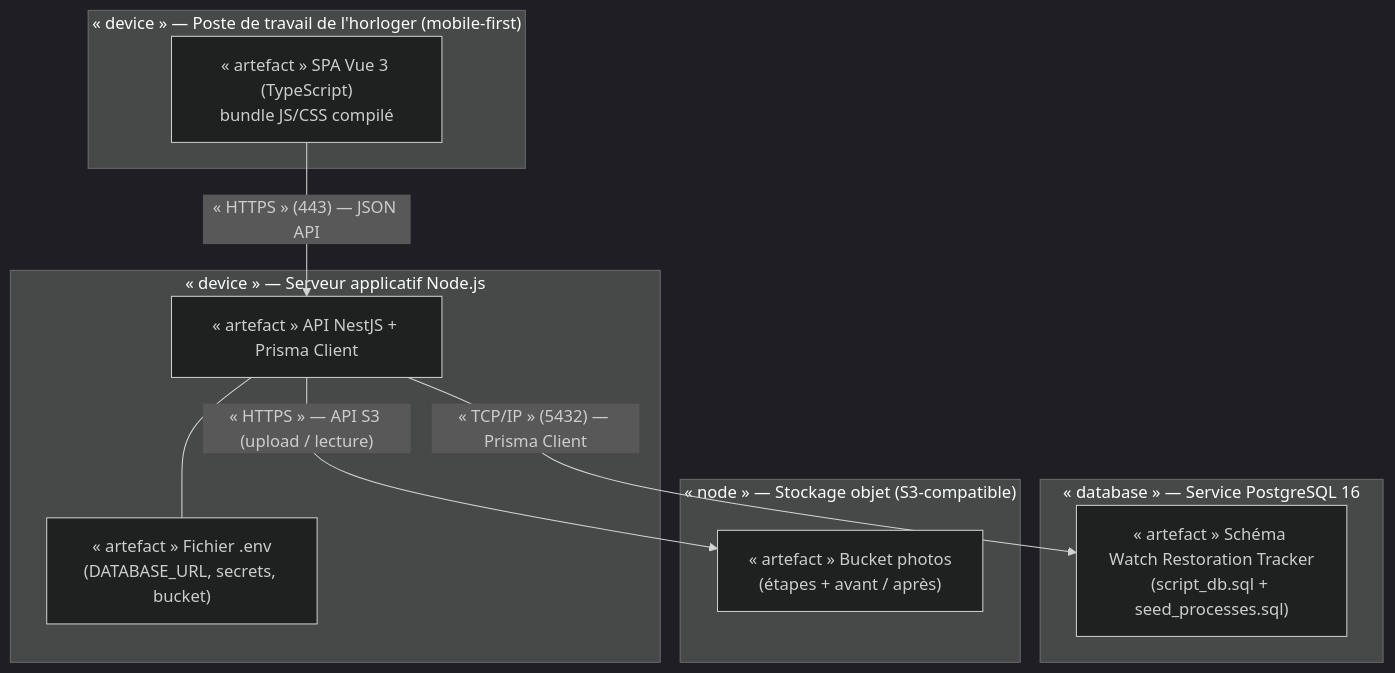
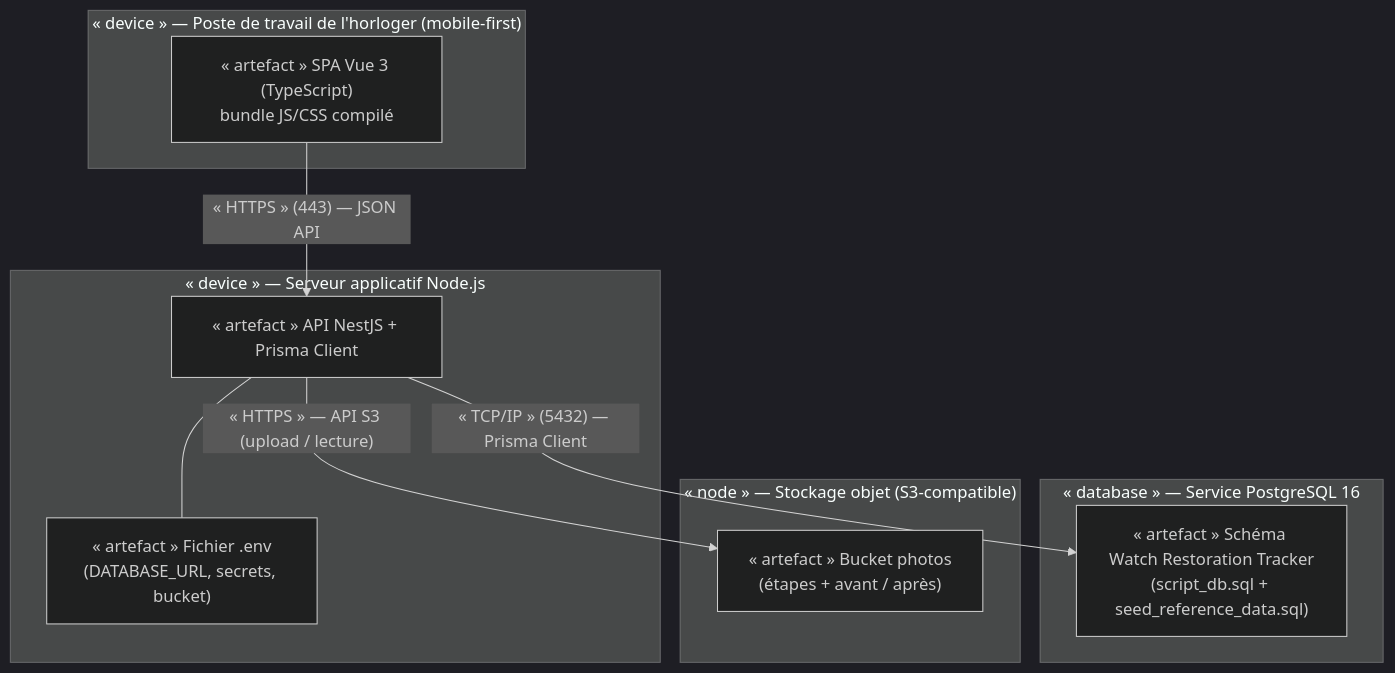
One commit to Akkamian/Projet_final_CDA changed the first of 2 diagrams in docs/diagramme-deploiement.md. Above: the diagram before and after it, drawn with Mermaid (dark theme). The commit also changed other lines of this file and 1 other file, not shown here.

Commit message:
docs : met à jour le diagramme de déploiement (seed_reference_data.sql)

````diff
--- a/docs/diagramme-deploiement.md
+++ b/docs/diagramme-deploiement.md
@@ -41,24 +41,24 @@
 ```mermaid
 flowchart TB
     subgraph Client["« device » — Poste de travail de l'horloger (mobile-first)"]
         SPA["« artefact » SPA Vue 3 (TypeScript)<br/>bundle JS/CSS compilé"]
     end
 
     subgraph AppServer["« device » — Serveur applicatif Node.js"]
         NEST["« artefact » API NestJS + Prisma Client"]
         ENV["« artefact » Fichier .env<br/>(DATABASE_URL, secrets, bucket)"]
         NEST --- ENV
     end
 
     subgraph DB["« database » — Service PostgreSQL 16"]
-        SCHEMA["« artefact » Schéma Watch Restoration Tracker<br/>(script_db.sql + seed_processes.sql)"]
+        SCHEMA["« artefact » Schéma Watch Restoration Tracker<br/>(script_db.sql + seed_reference_data.sql)"]
     end
 
     subgraph STORE["« node » — Stockage objet (S3-compatible)"]
         BUCKET["« artefact » Bucket photos<br/>(étapes + avant / après)"]
     end
 
     SPA -- "« HTTPS » (443) — JSON API" --> NEST
     NEST -- "« TCP/IP » (5432) — Prisma Client" --> SCHEMA
     NEST -- "« HTTPS » — API S3 (upload / lecture)" --> BUCKET
 ```
````
